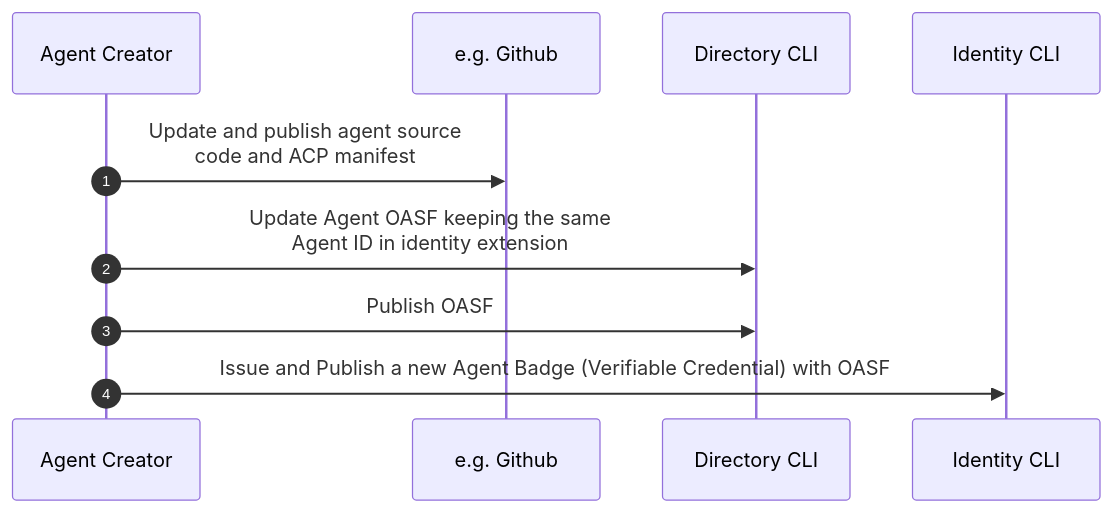
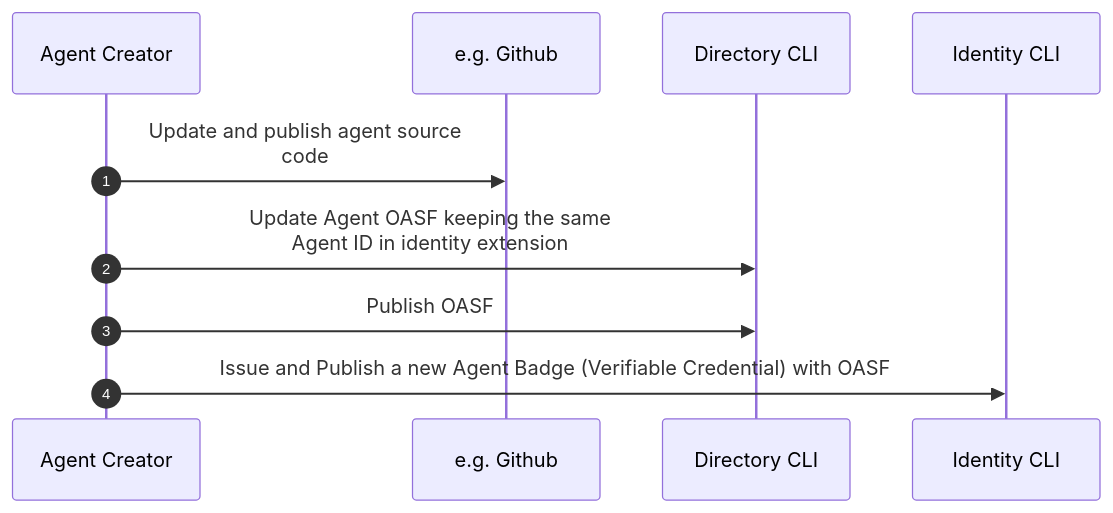
One commit to agntcy/docs changed the third of 9 diagrams in docs/identity/flow.md. Above: the diagram before and after it, drawn with Mermaid. The commit also changed other lines of this file and 1 other file, not shown here.

Commit message:
chore: removing acp mentions

````diff
--- a/docs/identity/flow.md
+++ b/docs/identity/flow.md
@@ -81,12 +81,12 @@
 ```mermaid
 sequenceDiagram
 autonumber
 
-Agent Creator->>e.g. Github: Update and publish agent source<br/>code and ACP manifest
+Agent Creator->>e.g. Github: Update and publish agent source<br/>code
 
 Agent Creator->>Directory CLI: Update Agent OASF keeping the same<br/>Agent ID in identity extension
 
 Agent Creator->>Directory CLI: Publish OASF
 
 Agent Creator->>Identity CLI: Issue and Publish a new Agent Badge (Verifiable Credential) with OASF
 ```
````
